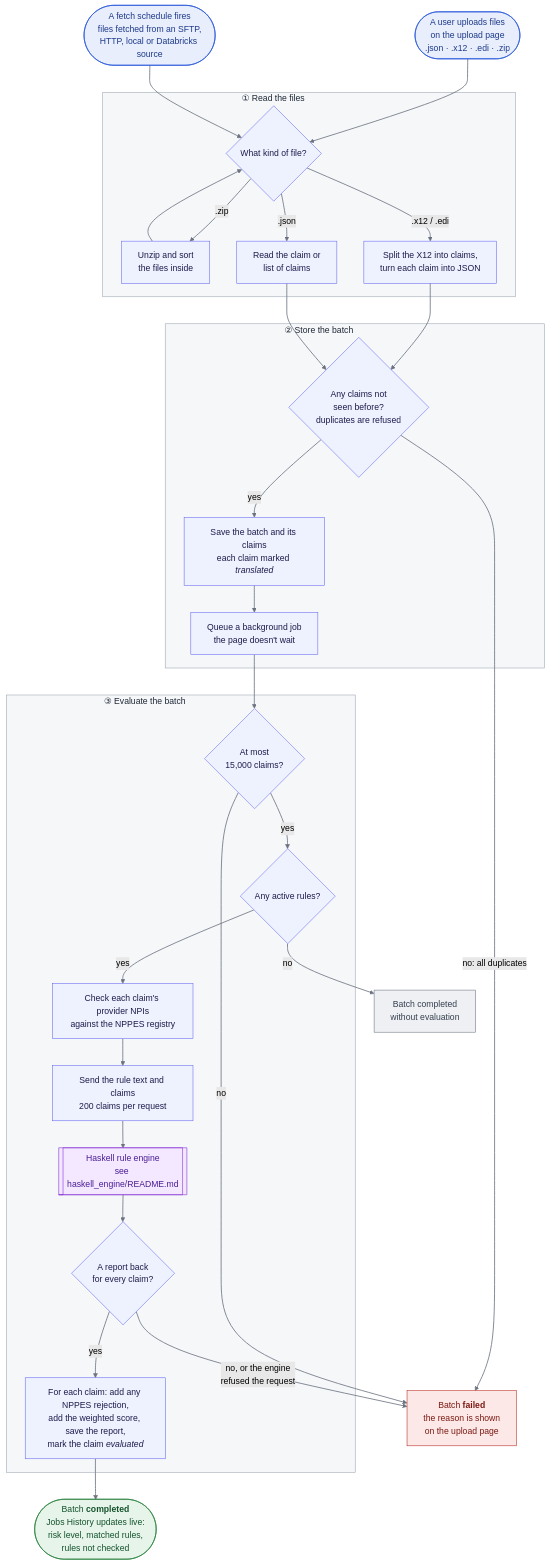
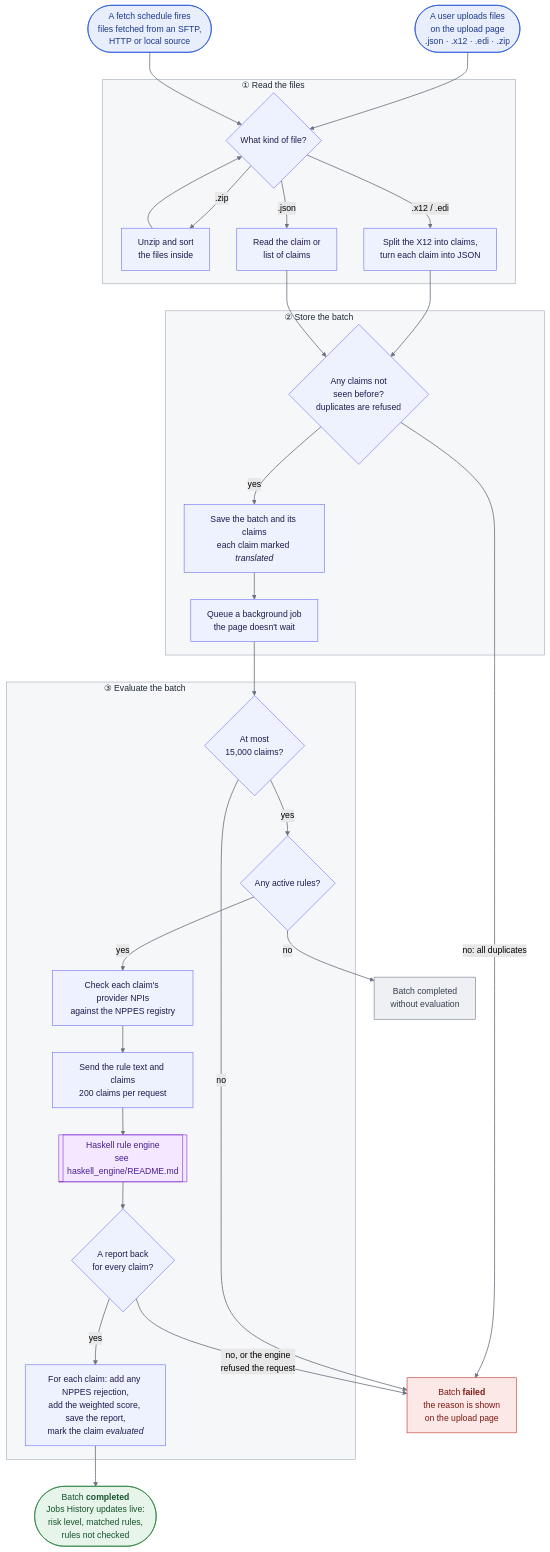
One commit to donfox/medicaid_claims_checker changed the diagram in phoenix_web/README.md. Above: the diagram before and after it, drawn with Mermaid (forest theme). The commit also changed other lines of this file and 20 other files, not shown here.

````diff
--- a/phoenix_web/README.md
+++ b/phoenix_web/README.md
@@ -52,64 +52,64 @@
 ```mermaid
 flowchart TD
     UP(["A user uploads files<br/>on the upload page<br/>.json · .x12 · .edi · .zip"])
-    SCH(["A fetch schedule fires<br/>files fetched from an SFTP,<br/>HTTP, local or Databricks source"])
+    SCH(["A fetch schedule fires<br/>files fetched from an SFTP,<br/>HTTP or local source"])
 
     subgraph S1["①&nbsp;Read&nbsp;the&nbsp;files&nbsp;&nbsp;&nbsp;&nbsp;&nbsp;&nbsp;&nbsp;&nbsp;&nbsp;&nbsp;&nbsp;&nbsp;&nbsp;&nbsp;&nbsp;&nbsp;&nbsp;&nbsp;&nbsp;&nbsp;&nbsp;&nbsp;&nbsp;&nbsp;&nbsp;&nbsp;&nbsp;&nbsp;&nbsp;&nbsp;"]
         KIND{"What kind of file?"}
         ZIP["Unzip and sort<br/>the files inside"]
         X12["Split the X12 into claims,<br/>turn each claim into JSON"]
         JSON["Read the claim or<br/>list of claims"]
     end
 
     subgraph S2["②&nbsp;Store&nbsp;the&nbsp;batch&nbsp;&nbsp;&nbsp;&nbsp;&nbsp;&nbsp;&nbsp;&nbsp;&nbsp;&nbsp;&nbsp;&nbsp;&nbsp;&nbsp;&nbsp;&nbsp;&nbsp;&nbsp;&nbsp;&nbsp;&nbsp;&nbsp;&nbsp;&nbsp;&nbsp;&nbsp;&nbsp;&nbsp;&nbsp;&nbsp;"]
         DUP{"Any claims not<br/>seen before?<br/>duplicates are refused"}
         SAVE["Save the batch and its claims<br/>each claim marked <i>translated</i>"]
         Q["Queue a background job<br/>the page doesn't wait"]
     end
 
     subgraph S3["③&nbsp;Evaluate&nbsp;the&nbsp;batch&nbsp;&nbsp;&nbsp;&nbsp;&nbsp;&nbsp;&nbsp;&nbsp;&nbsp;&nbsp;&nbsp;&nbsp;&nbsp;&nbsp;&nbsp;&nbsp;&nbsp;&nbsp;&nbsp;&nbsp;&nbsp;&nbsp;&nbsp;&nbsp;&nbsp;&nbsp;&nbsp;&nbsp;&nbsp;&nbsp;"]
         SIZE{"At most<br/>15,000 claims?"}
         RULES{"Any active rules?"}
         NPPES["Check each claim's provider NPIs<br/>against the NPPES registry"]
         SEND["Send the rule text and claims<br/>200 claims per request"]
         ENG[["Haskell rule engine<br/>see haskell_engine/README.md"]]
         OK{"A report back<br/>for every claim?"}
         STORE["For each claim: add any NPPES rejection,<br/>add the weighted score, save the report,<br/>mark the claim <i>evaluated</i>"]
     end
 
     DONE(["Batch <b>completed</b><br/>Jobs History updates live:<br/>risk level, matched rules,<br/>rules not checked"])
     NONE["Batch completed<br/>without evaluation"]
     FAIL["Batch <b>failed</b><br/>the reason is shown<br/>on the upload page"]
 
     UP --> KIND
     SCH --> KIND
     KIND -- ".zip" --> ZIP --> KIND
     KIND -- ".x12 / .edi" --> X12
     KIND -- ".json" --> JSON
     X12 --> DUP
     JSON --> DUP
     DUP -- yes --> SAVE --> Q --> SIZE
     DUP -- "no: all duplicates" --> FAIL
     SIZE -- yes --> RULES
     SIZE -- no --> FAIL
     RULES -- yes --> NPPES --> SEND --> ENG --> OK
     RULES -- no --> NONE
     OK -- yes --> STORE --> DONE
     OK -- "no, or the engine<br/>refused the request" --> FAIL
 
     classDef err fill:#fde8e8,stroke:#b42318,color:#7a1a12
     classDef good fill:#e7f4ea,stroke:#1e7b34,color:#14532d
     classDef muted fill:#eef0f3,stroke:#6b7280,color:#374151
     classDef io fill:#e8eefc,stroke:#1d4ed8,color:#1e3a8a
     classDef engine fill:#f3e8ff,stroke:#7e22ce,color:#4c1d95
     class FAIL err
     class DONE good
     class NONE muted
     class UP,SCH io
     class ENG engine
     style S1 fill:#f6f7f9,stroke:#9aa3af,color:#1f2937
     style S2 fill:#f6f7f9,stroke:#9aa3af,color:#1f2937
     style S3 fill:#f6f7f9,stroke:#9aa3af,color:#1f2937
     classDef default fill:#eef2ff,stroke:#6366f1,color:#1e1b4b
     linkStyle default stroke:#6b7280,stroke-width:1.5px
 ```
````
